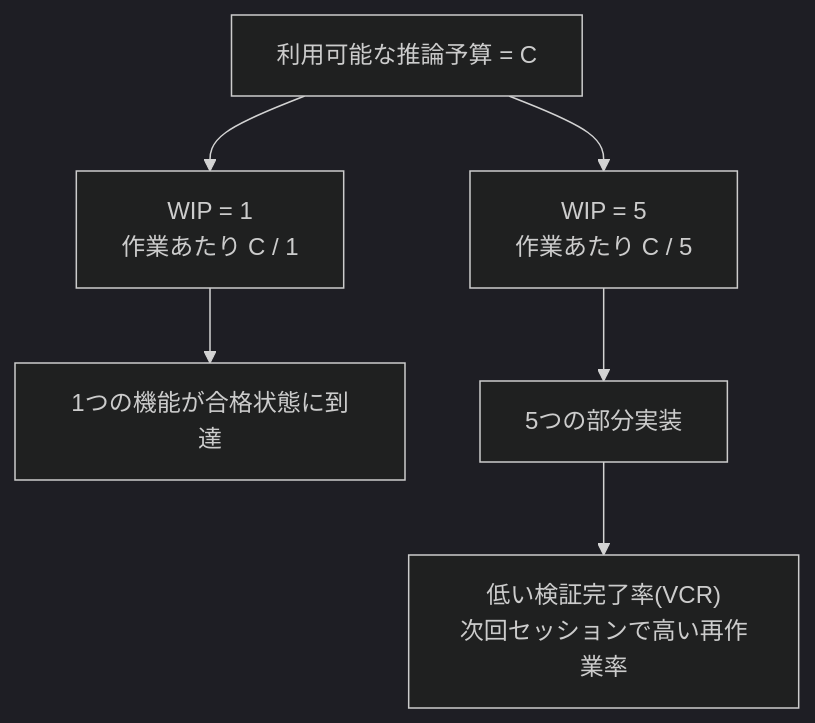
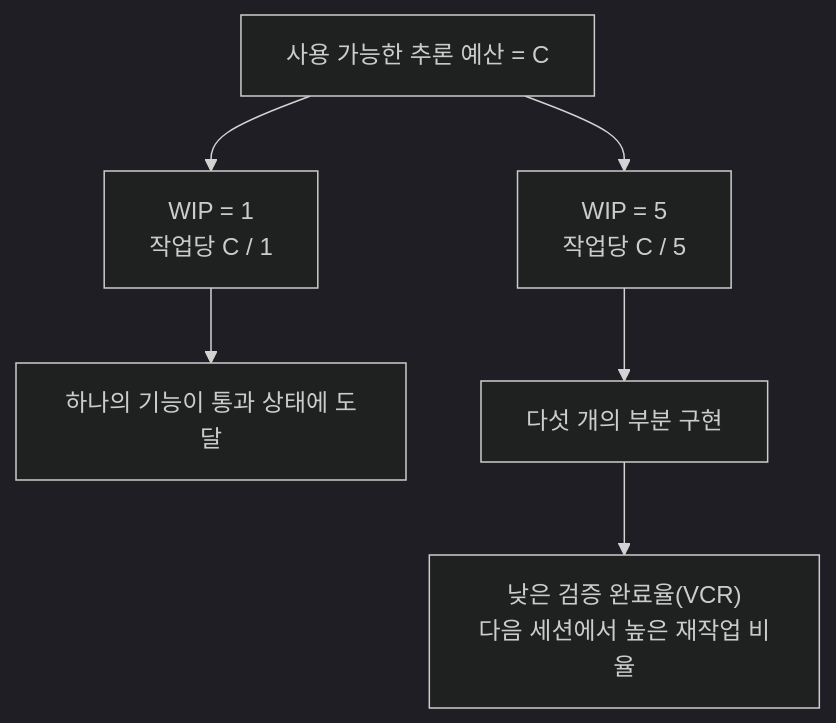
The second of 2 diagrams in docs/ko/lectures/lecture-07-why-agents-overreach-and-under-finish/index.md (mkusaka/learn-harness-engineering), drawn with Mermaid (dark theme) before and after one commit. The commit also changed other lines of this file and 684 other files, not shown here.

````diff
--- a/docs/ko/lectures/lecture-07-why-agents-overreach-and-under-finish/index.md
+++ b/docs/ko/lectures/lecture-07-why-agents-overreach-and-under-finish/index.md
@@ -43,9 +43,9 @@
 ```mermaid
 flowchart TB
-    Budget["利用可能な推論予算 = C"] --> One["WIP = 1<br/>作業あたり C / 1"]
-    Budget --> Many["WIP = 5<br/>作業あたり C / 5"]
+    Budget["사용 가능한 추론 예산 = C"] --> One["WIP = 1<br/>작업당 C / 1"]
+    Budget --> Many["WIP = 5<br/>작업당 C / 5"]
 
-    One --> Finish["1つの機能が合格状態に到達"]
-    Many --> Partial["5つの部分実装"]
-    Partial --> VCR["低い検証完了率(VCR)<br/>次回セッションで高い再作業率"]
+    One --> Finish["하나의 기능이 통과 상태에 도달"]
+    Many --> Partial["다섯 개의 부분 구현"]
+    Partial --> VCR["낮은 검증 완료율(VCR)<br/>다음 세션에서 높은 재작업 비율"]
 ```
````
